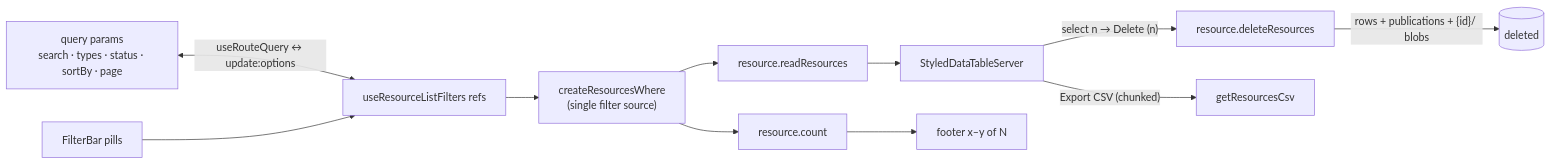
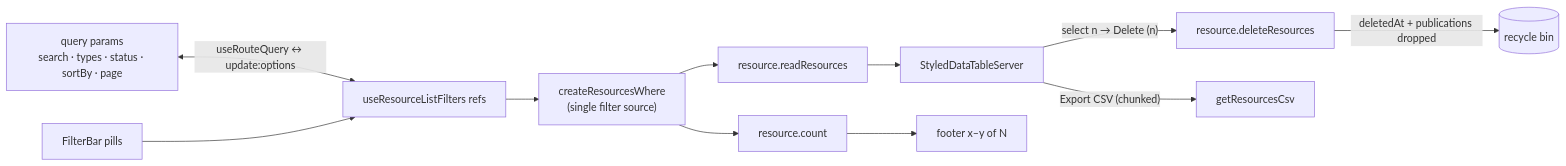
The diagram in packages/app/content/docs/platform/list-filters-and-views.md (Esposter/Esposter), drawn with Mermaid before and after one commit. The commit also changed other lines of this file and 12 other files, not shown here.

````diff
--- a/packages/app/content/docs/platform/list-filters-and-views.md
+++ b/packages/app/content/docs/platform/list-filters-and-views.md
@@ -43,10 +43,10 @@
 ```mermaid
 flowchart LR
   URL["query params<br/>search · types · status · sortBy · page"] <-->|"useRouteQuery ↔ update:options"| STATE["useResourceListFilters refs"]
   PILLS["FilterBar pills"] --> STATE
   STATE --> WHERE["createResourcesWhere<br/>(single filter source)"]
   WHERE --> RR["resource.readResources"] --> TABLE["StyledDataTableServer"]
   WHERE --> CNT["resource.count"] --> FOOTER["footer x–y of N"]
-  TABLE -->|"select n → Delete (n)"| BULK["resource.deleteResources"] -->|"rows + publications + {id}/ blobs"| GONE[("deleted")]
+  TABLE -->|"select n → Delete (n)"| BULK["resource.deleteResources"] -->|"deletedAt + publications dropped"| GONE[("recycle bin")]
   TABLE -->|"Export CSV (chunked)"| CSV["getResourcesCsv"]
 ```
````
